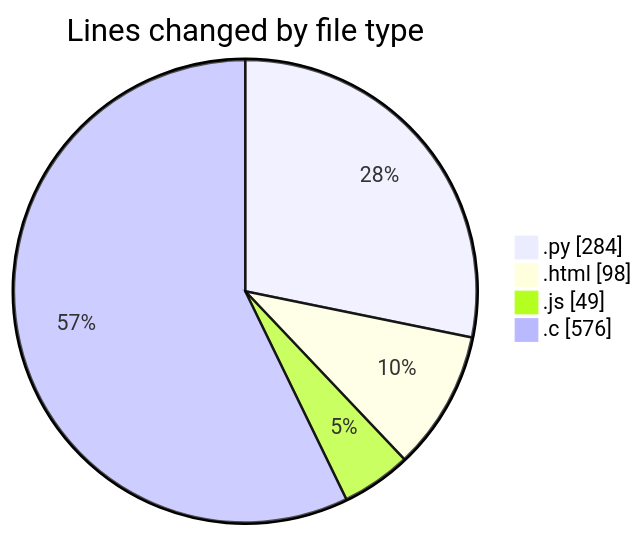
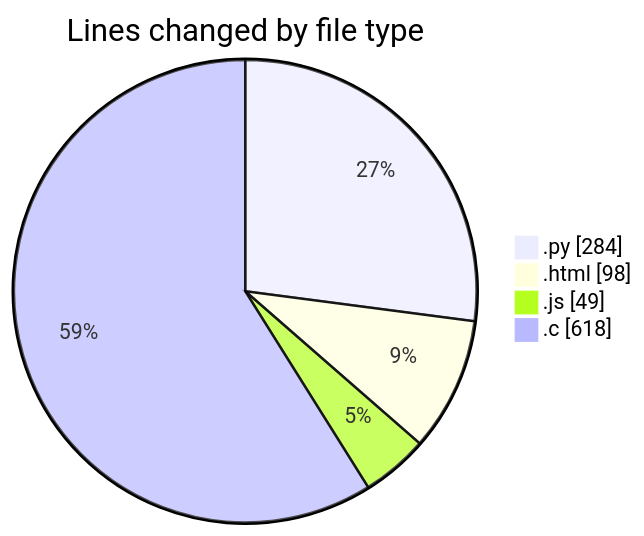
Before and after one commit to Ritupan-Deka/code-tracking: the first of 2 diagrams in 2025-01-21/projects/README.md, drawn with Mermaid. The commit also changed other lines of this file and 1 other file, not shown here.

````diff
--- a/2025-01-21/projects/README.md
+++ b/2025-01-21/projects/README.md
@@ -31,8 +31,8 @@
 ```mermaid
 pie showData
 title Lines changed by file type
 ".py" : 284
 ".html" : 98
 ".js" : 49
-".c" : 576
+".c" : 618
 ```
````
